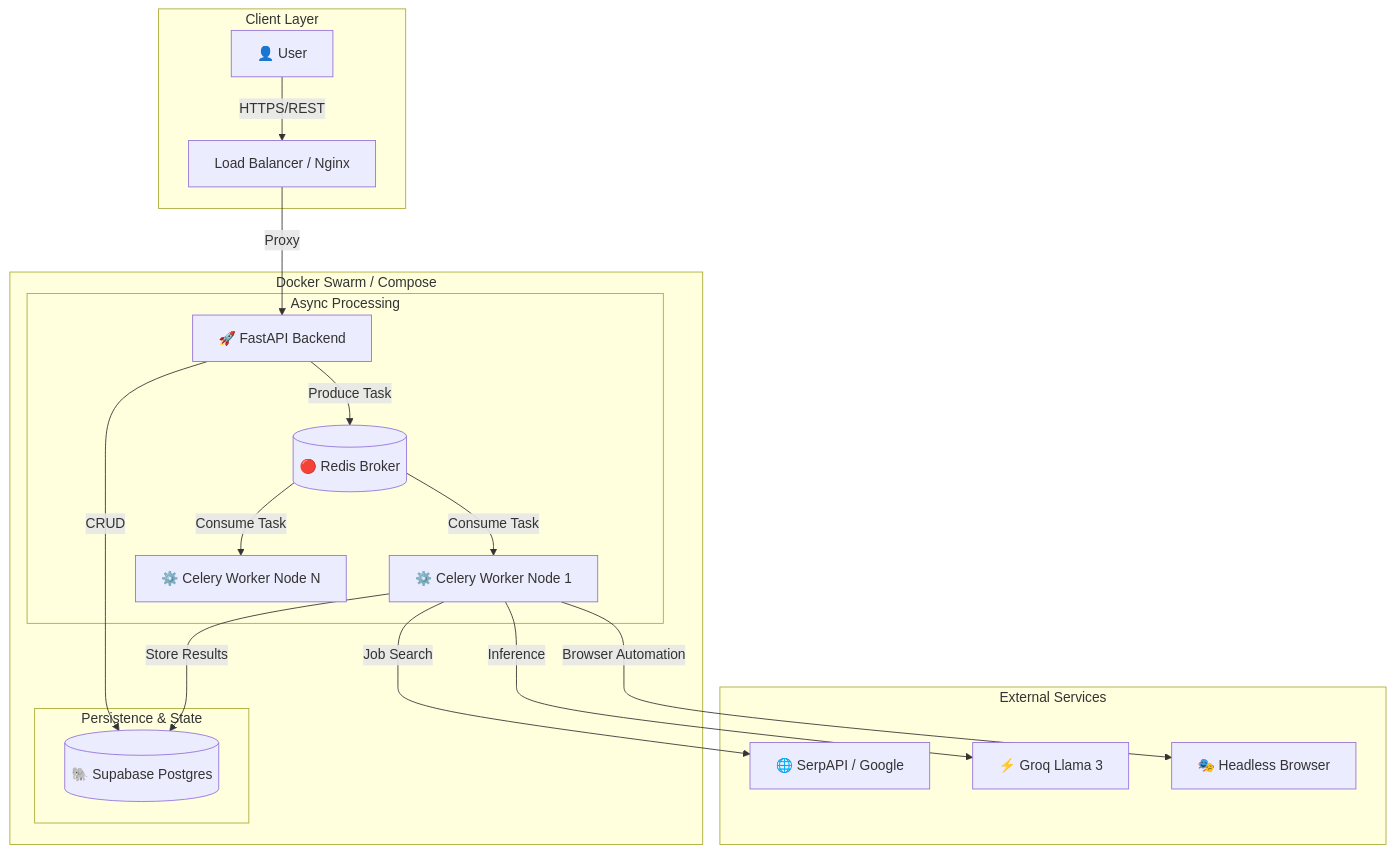
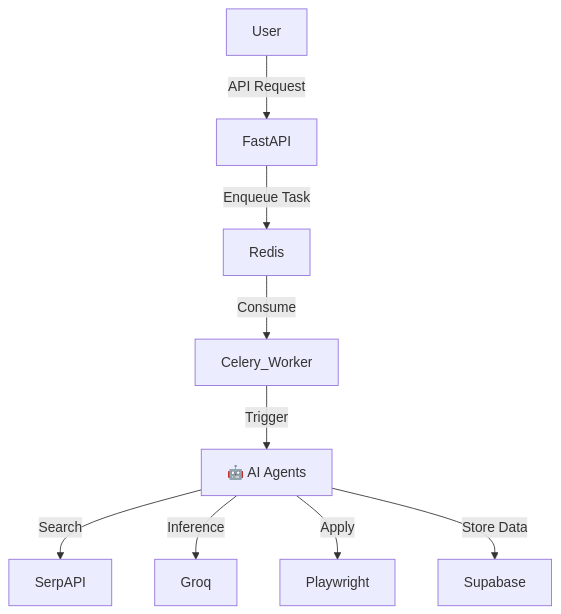
Before and after one commit to Harish24-10-2005/JobStream-backend: the diagram in README.md, drawn with Mermaid. The commit also changed other lines of this file and 48 other files, not shown here.

````diff
--- a/README.md
+++ b/README.md
@@ -17,27 +28,11 @@
 ```mermaid
 graph TD
-    subgraph "Client Layer"
-        User[👤 User] -->|HTTPS/REST| LB[Load Balancer / Nginx]
-    end
-
-    subgraph "Docker Swarm / Compose"
-        LB -->|Proxy| API[🚀 FastAPI Backend]
-        
-        subgraph "Async Processing"
-            API -->|Produce Task| Redis[(🔴 Redis Broker)]
-            Redis -->|Consume Task| Celery[⚙️ Celery Worker Node 1]
-            Redis -->|Consume Task| Celery2[⚙️ Celery Worker Node N]
-        end
-        
-        subgraph "Persistence & State"
-            API -->|CRUD| PG[(🐘 Supabase Postgres)]
-            Celery -->|Store Results| PG
-        end
-    end
-
-    subgraph "External Services"
-        Celery -->|Job Search| Serp[🌐 SerpAPI / Google]
-        Celery -->|Inference| Groq[⚡ Groq Llama 3]
-        Celery -->|Browser Automation| Playwright[🎭 Headless Browser]
-    end
+    User -->|API Request| FastAPI
+    FastAPI -->|Enqueue Task| Redis
+    Redis -->|Consume| Celery_Worker
+    Celery_Worker -->|Trigger| Agents[🤖 AI Agents]
+    Agents -->|Search| SerpAPI
+    Agents -->|Inference| Groq
+    Agents -->|Apply| Playwright
+    Agents -->|Store Data| Supabase
 ```
````
